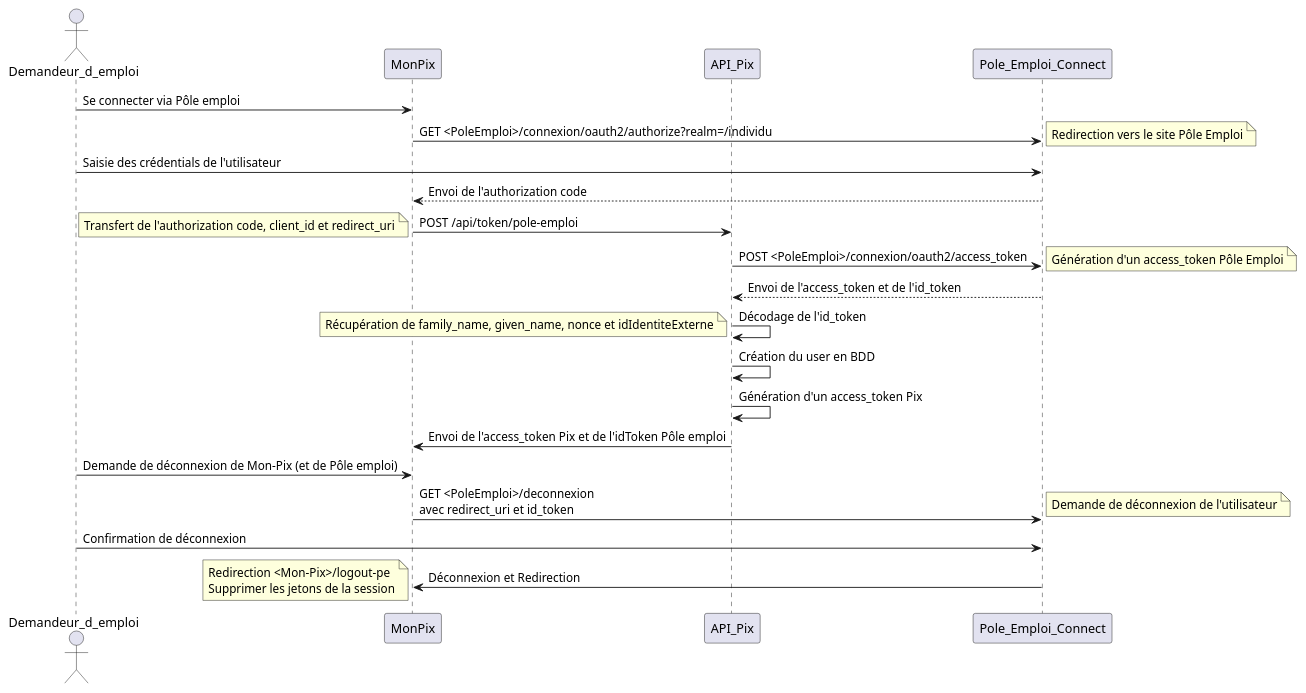
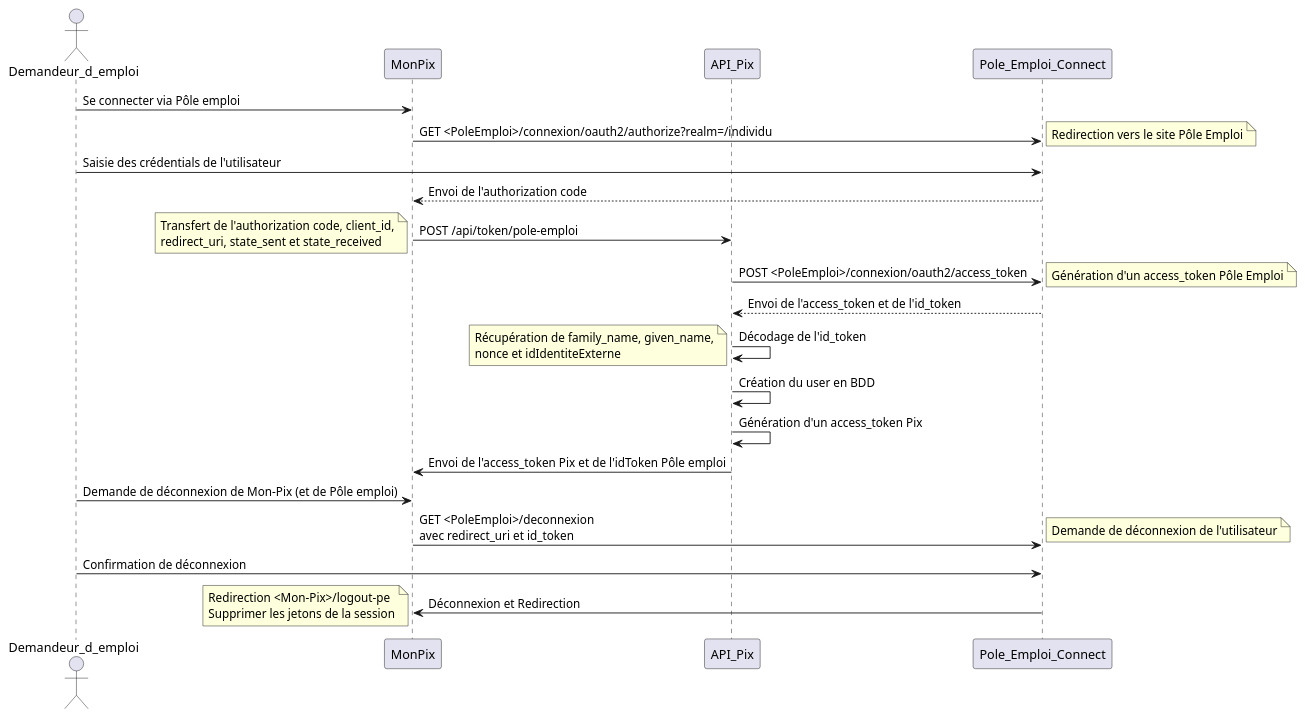
Before and after one commit to 1024pix/pix: the diagram in docs/security/poleEmploi/authenticate_with_pole_emploi.puml, drawn with PlantUML.

Commit message:
[DOC] Update pole emploi authentication doc

```diff
--- a/docs/security/poleEmploi/authenticate_with_pole_emploi.puml
+++ b/docs/security/poleEmploi/authenticate_with_pole_emploi.puml
@@ -1,38 +1,38 @@
 @startuml
 actor Demandeur_d_emploi
 participant MonPix
 participant API_Pix
 participant Pole_Emploi_Connect
 
 Demandeur_d_emploi -> MonPix: Se connecter via Pôle emploi
 MonPix -> Pole_Emploi_Connect: GET <PoleEmploi>/connexion/oauth2/authorize?realm=/individu
 note right: Redirection vers le site Pôle Emploi
 
 Demandeur_d_emploi -> Pole_Emploi_Connect: Saisie des crédentials de l'utilisateur
 Pole_Emploi_Connect --> MonPix: Envoi de l'authorization code
 
 MonPix -> API_Pix: POST /api/token/pole-emploi
-note left: Transfert de l'authorization code, client_id et redirect_uri
+note left: Transfert de l'authorization code, client_id,\nredirect_uri, state_sent et state_received
 API_Pix -> Pole_Emploi_Connect: POST <PoleEmploi>/connexion/oauth2/access_token
 note right: Génération d'un access_token Pôle Emploi
 Pole_Emploi_Connect --> API_Pix: Envoi de l'access_token et de l'id_token
 
 API_Pix -> API_Pix: Décodage de l'id_token
-note left: Récupération de family_name, given_name, nonce et idIdentiteExterne
+note left: Récupération de family_name, given_name,\nnonce et idIdentiteExterne
 
 API_Pix -> API_Pix: Création du user en BDD
 API_Pix -> API_Pix: Génération d'un access_token Pix
 
 API_Pix -> MonPix: Envoi de l'access_token Pix et de l'idToken Pôle emploi
 
 Demandeur_d_emploi -> MonPix: Demande de déconnexion de Mon-Pix (et de Pôle emploi)
 MonPix -> Pole_Emploi_Connect: GET <PoleEmploi>/deconnexion\navec redirect_uri et id_token
 note right: Demande de déconnexion de l'utilisateur
 
 Demandeur_d_emploi -> Pole_Emploi_Connect: Confirmation de déconnexion
 
 Pole_Emploi_Connect -> MonPix: Déconnexion et Redirection
 
 note left: Redirection <Mon-Pix>/logout-pe\nSupprimer les jetons de la session
 
 @enduml
```
